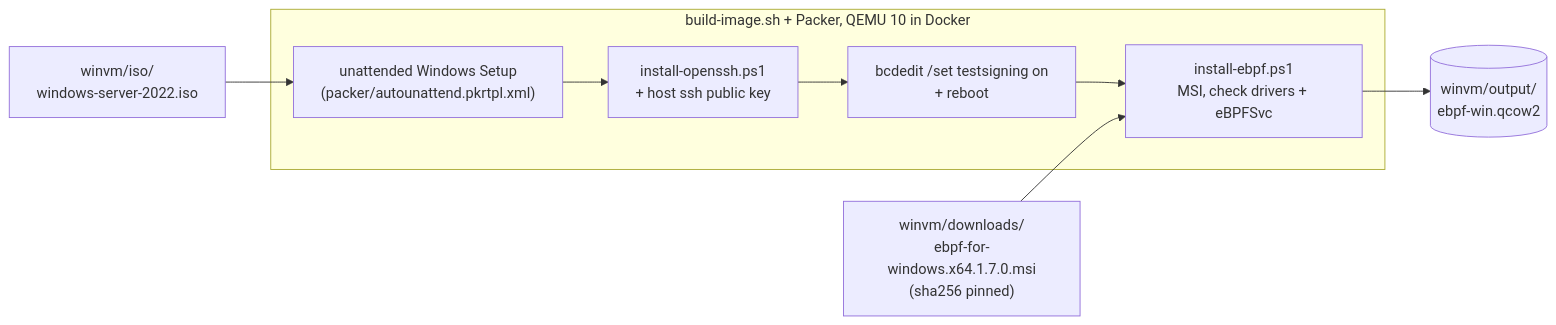
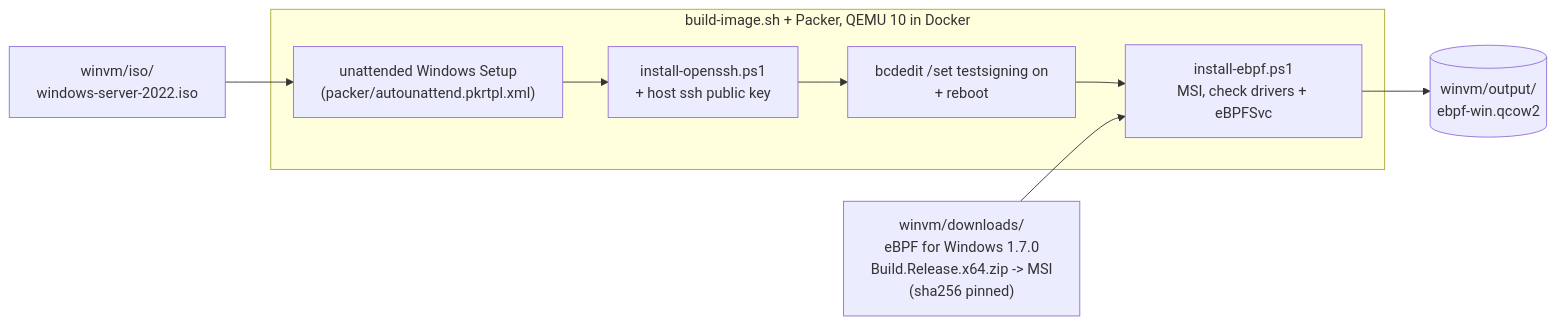
One commit to JohnBlue-git/Windows-eBPF-Sandbox changed the third of 3 diagrams in README.md. Above: the diagram before and after it, drawn with Mermaid. The commit also changed other lines of this file and 7 other files, not shown here.

First line of the commit message:
Use JIT-capable eBPF MSI and fix VM image build issues

````diff
--- a/README.md
+++ b/README.md
@@ -97,15 +97,15 @@
 ```mermaid
 flowchart LR
     ISO["winvm/iso/<br/>windows-server-2022.iso"]
-    MSI["winvm/downloads/<br/>ebpf-for-windows.x64.1.7.0.msi<br/>(sha256 pinned)"]
+    MSI["winvm/downloads/<br/>eBPF for Windows 1.7.0<br/>Build.Release.x64.zip -> MSI<br/>(sha256 pinned)"]
     subgraph PK["build-image.sh + Packer, QEMU 10 in Docker"]
         P1["unattended Windows Setup<br/>(packer/autounattend.pkrtpl.xml)"]
         P2["install-openssh.ps1<br/>+ host ssh public key"]
         P3["bcdedit /set testsigning on<br/>+ reboot"]
         P4["install-ebpf.ps1<br/>MSI, check drivers + eBPFSvc"]
         P1 --> P2 --> P3 --> P4
     end
     ISO --> P1
     MSI --> P4
     P4 --> BASE[("winvm/output/<br/>ebpf-win.qcow2")]
 ```
````
